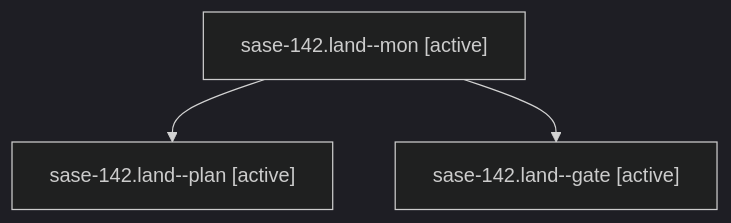
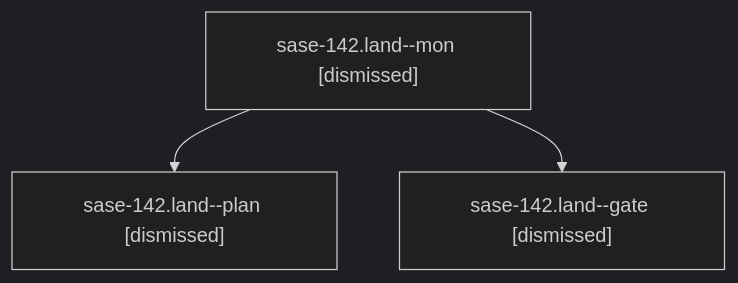
One commit to sase-org/sase--agents changed the diagram in sessions/bbugyi200.athena.sase-142.land.md. Above: the diagram before and after it, drawn with Mermaid (dark theme). The commit also changed other lines of this file and 85 other files, not shown here.

````diff
--- a/sessions/bbugyi200.athena.sase-142.land.md
+++ b/sessions/bbugyi200.athena.sase-142.land.md
@@ -9,8 +9,8 @@
 ```mermaid
 flowchart TD
-  n0["sase-142.land--mon [active]"]
-  n1["sase-142.land--plan [active]"]
+  n0["sase-142.land--mon [dismissed]"]
+  n1["sase-142.land--plan [dismissed]"]
   n0 --> n1
-  n2["sase-142.land--gate [active]"]
+  n2["sase-142.land--gate [dismissed]"]
   n0 --> n2
 ```
````
